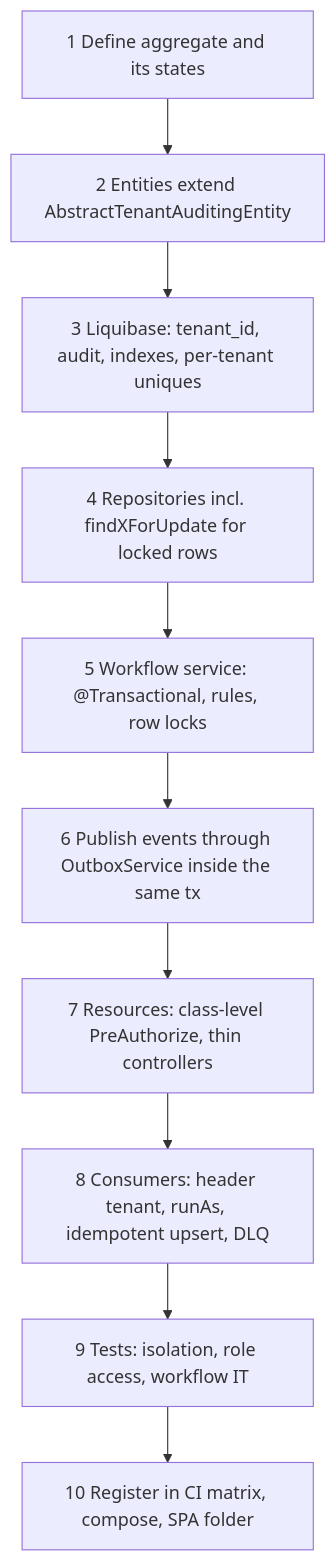
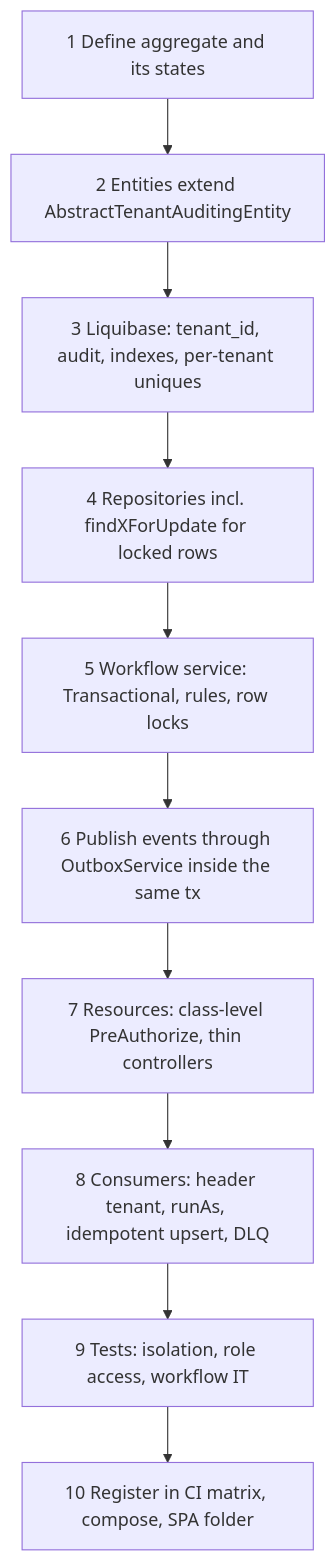
One commit to Scaibu/llm-obs-policies changed diagram 23 of 28 in rules/code-quality/architecture-principles/0002-generic-microservice-platform-blueprint.md. Above: the diagram before and after it, drawn with Mermaid. The commit also changed other lines of this file, not shown here.

Commit message:
fix(diagrams): remove all @ annotations from Mermaid blocks to fix parse errors

````diff
--- a/rules/code-quality/architecture-principles/0002-generic-microservice-platform-blueprint.md
+++ b/rules/code-quality/architecture-principles/0002-generic-microservice-platform-blueprint.md
@@ -1375,12 +1375,12 @@
 ```mermaid
 flowchart TD
     A[1 Define aggregate and its states] --> B[2 Entities extend AbstractTenantAuditingEntity]
     B --> C[3 Liquibase: tenant_id, audit, indexes, per-tenant uniques]
     C --> D[4 Repositories incl. findXForUpdate for locked rows]
-    D --> E[5 Workflow service: @Transactional, rules, row locks]
+    D --> E[5 Workflow service: Transactional, rules, row locks]
     E --> F[6 Publish events through OutboxService inside the same tx]
     F --> G[7 Resources: class-level PreAuthorize, thin controllers]
     G --> H[8 Consumers: header tenant, runAs, idempotent upsert, DLQ]
     H --> I[9 Tests: isolation, role access, workflow IT]
     I --> J[10 Register in CI matrix, compose, SPA folder]
 ```
````
